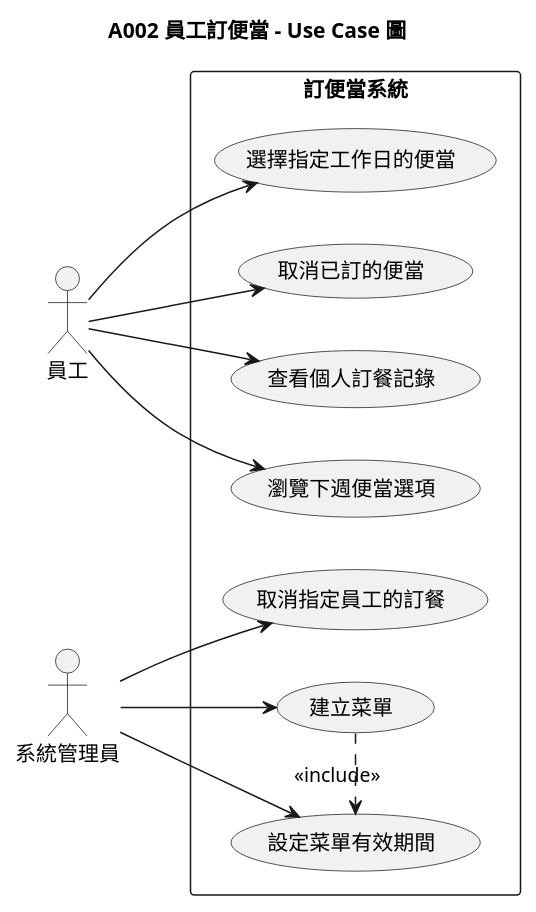
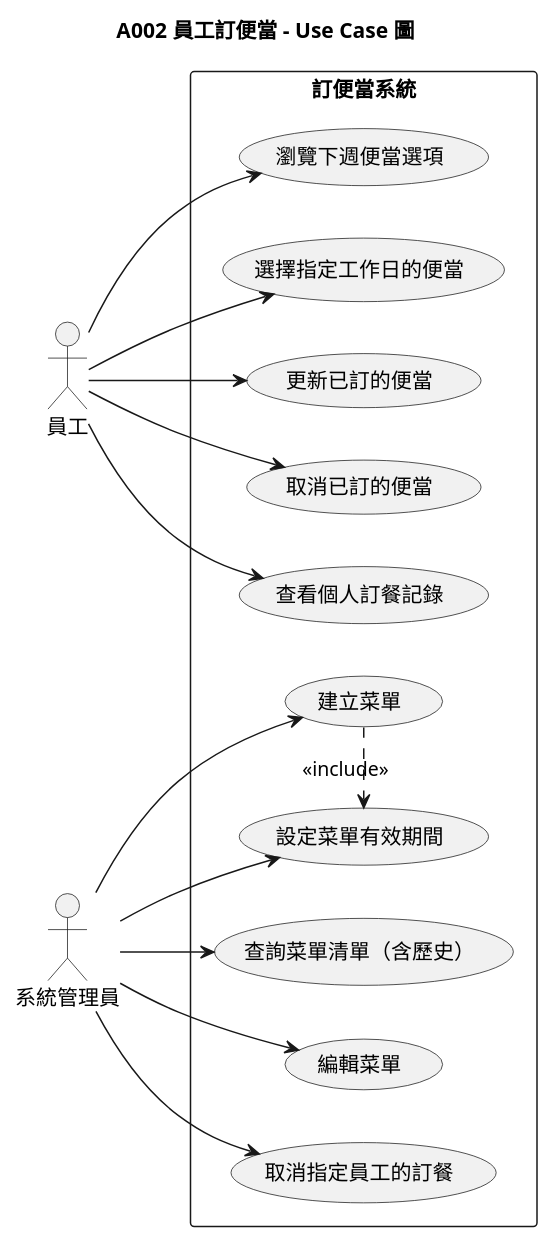
One commit to teyhawzhe/bento-uml changed the diagram in output/A002/A002-usecase.puml. Above: the diagram before and after it, drawn with PlantUML. The commit also changed 37 other files, not shown here.

```diff
--- a/output/A002/A002-usecase.puml
+++ b/output/A002/A002-usecase.puml
@@ -1,30 +1,36 @@
 @startuml A002-usecase
 
 left to right direction
 title A002 員工訂便當 - Use Case 圖
 
 actor 員工
 actor 系統管理員
 
 rectangle 訂便當系統 {
   usecase "瀏覽下週便當選項" as UC1
   usecase "選擇指定工作日的便當" as UC2
+  usecase "更新已訂的便當" as UC8
   usecase "取消已訂的便當" as UC3
   usecase "查看個人訂餐記錄" as UC4
   usecase "建立菜單" as UC5
   usecase "設定菜單有效期間" as UC6
+  usecase "查詢菜單清單（含歷史）" as UC9
+  usecase "編輯菜單" as UC10
   usecase "取消指定員工的訂餐" as UC7
 }
 
 員工 --> UC1
 員工 --> UC2
+員工 --> UC8
 員工 --> UC3
 員工 --> UC4
 
 系統管理員 --> UC5
 系統管理員 --> UC6
+系統管理員 --> UC9
+系統管理員 --> UC10
 系統管理員 --> UC7
 
 UC5 .> UC6 : <<include>>
 
 @enduml
```
